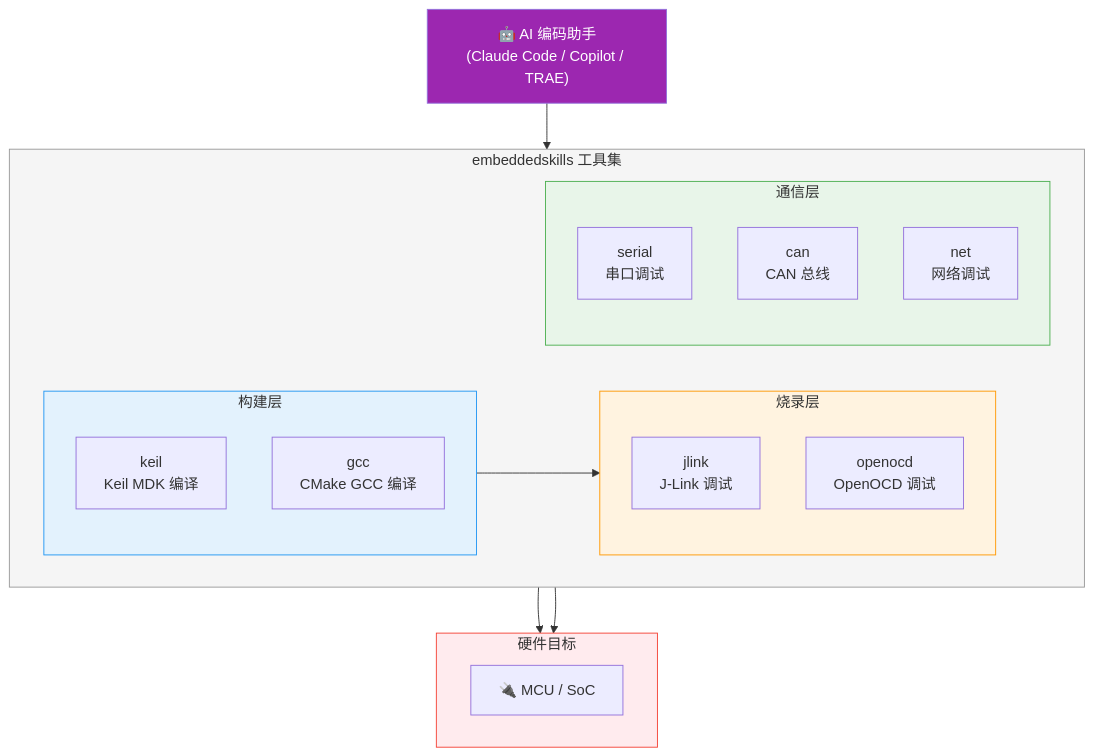
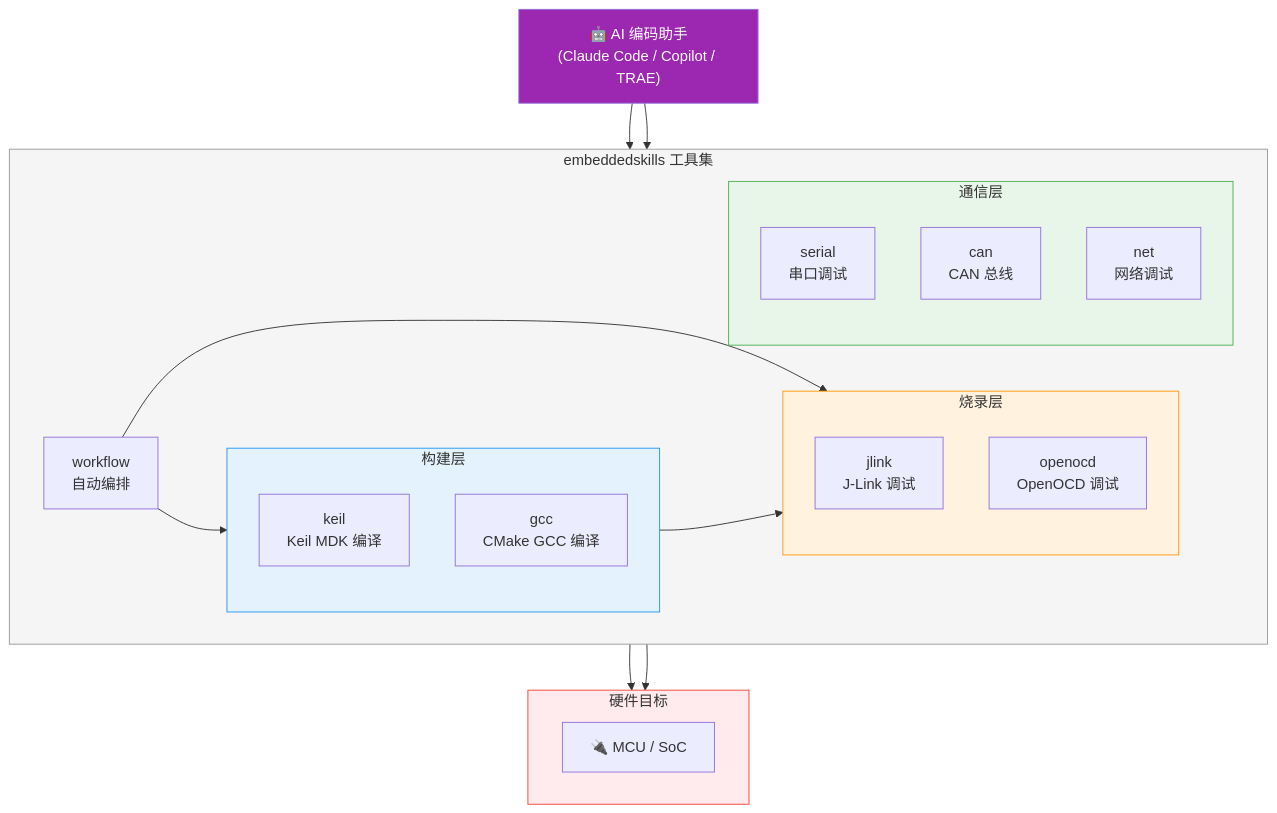
Before and after one commit to zhinkgit/embeddedskills: the third of 3 diagrams in README.md, drawn with Mermaid. The commit also changed other lines of this file and 31 other files, not shown here.

````diff
--- a/README.md
+++ b/README.md
@@ -102,37 +102,41 @@
 ```mermaid
 graph TB
     AI["🤖 AI 编码助手<br/>(Claude Code / Copilot / TRAE)"]
 
     subgraph skills["embeddedskills 工具集"]
         direction LR
         subgraph build["构建层"]
             keil["keil<br/>Keil MDK 编译"]
             gcc["gcc<br/>CMake GCC 编译"]
         end
+        workflow["workflow<br/>自动编排"]
         subgraph flash["烧录层"]
             jlink["jlink<br/>J-Link 调试"]
             openocd["openocd<br/>OpenOCD 调试"]
         end
         subgraph comm["通信层"]
             serial["serial<br/>串口调试"]
             can["can<br/>CAN 总线"]
             net["net<br/>网络调试"]
         end
     end
 
     subgraph hw["硬件目标"]
         MCU["🔌 MCU / SoC"]
     end
 
+    AI --> workflow
+    workflow --> build
+    workflow --> flash
     AI --> skills
     build --> flash
     flash --> hw
     comm --> hw
 
     style AI fill:#9C27B0,color:#fff
     style skills fill:#F5F5F5,stroke:#999
     style build fill:#E3F2FD,stroke:#2196F3
     style flash fill:#FFF3E0,stroke:#FF9800
     style comm fill:#E8F5E9,stroke:#4CAF50
     style hw fill:#FFEBEE,stroke:#F44336
 ```
````
